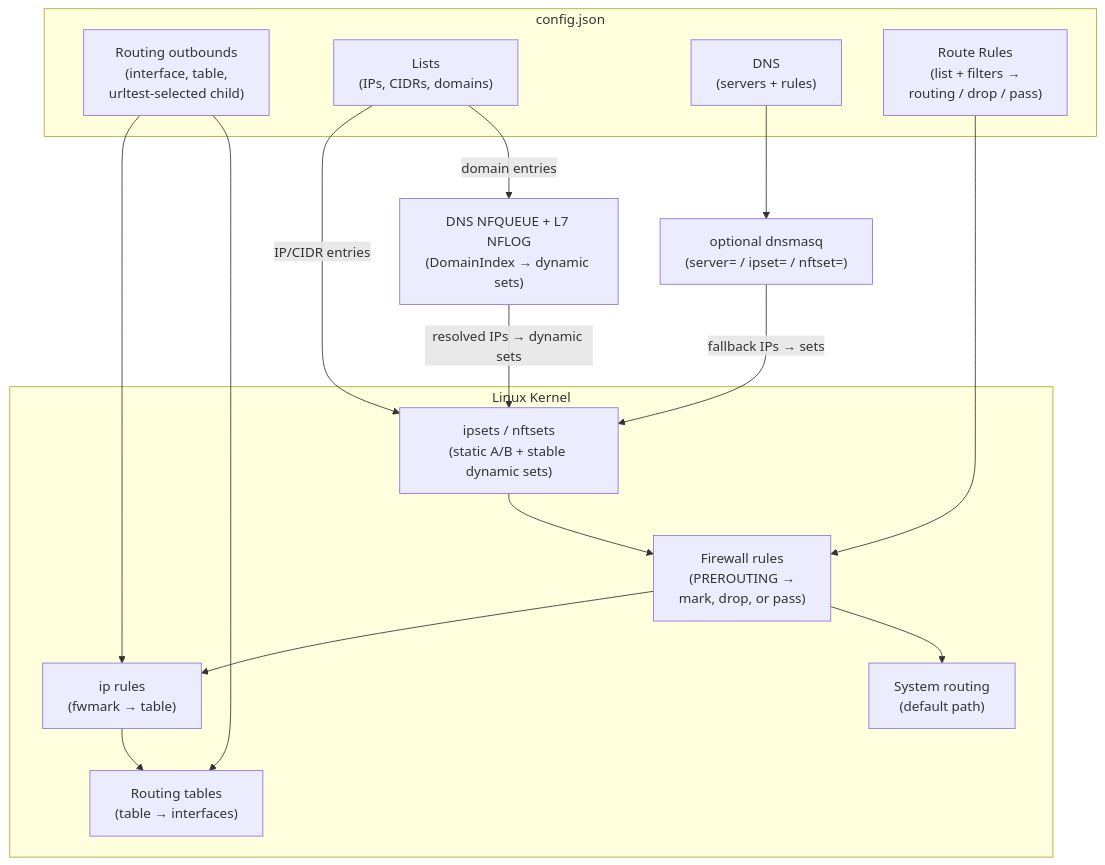
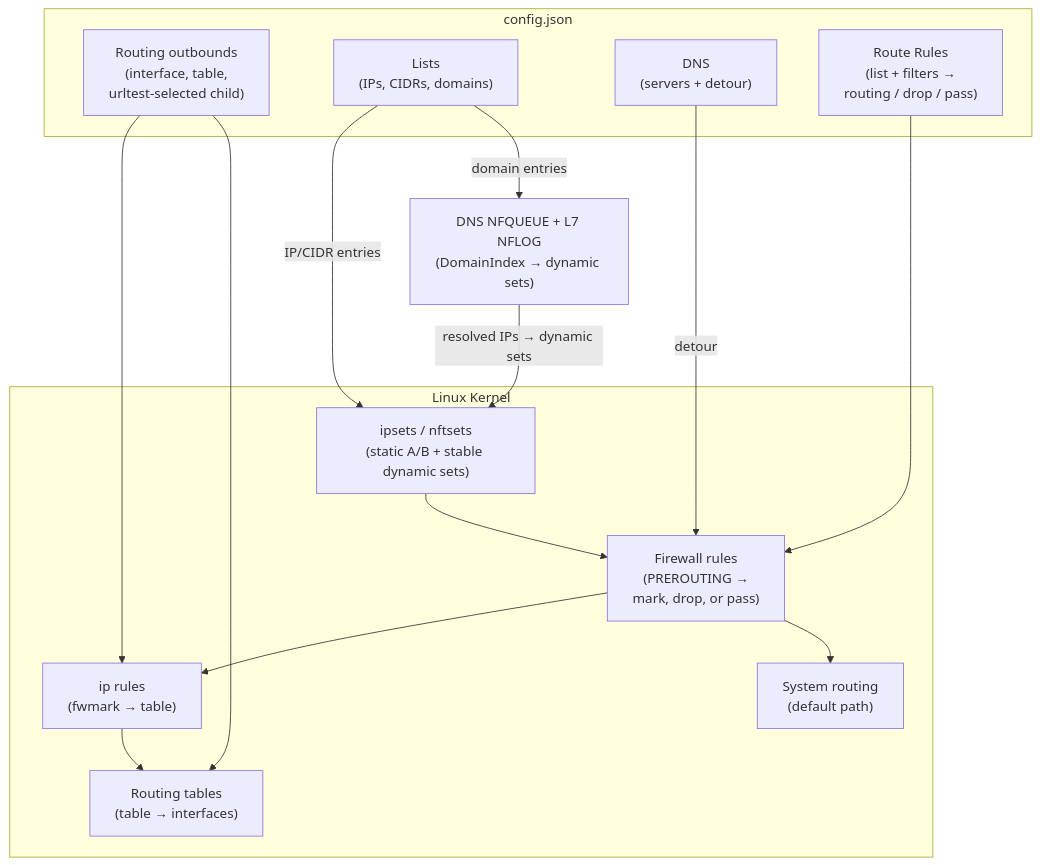
Before and after one commit to maksimkurb/keen-pbr: the first of 3 diagrams in docs/content/docs/concepts.md, drawn with Mermaid. The commit also changed other lines of this file and 99 other files, not shown here.

````diff
--- a/docs/content/docs/concepts.md
+++ b/docs/content/docs/concepts.md
@@ -96,33 +90,31 @@
 ```mermaid
 flowchart TD
     subgraph Config["config.json"]
         RoutingOutbounds["Routing outbounds\n(interface, table,\nurltest-selected child)"]
         Lists["Lists\n(IPs, CIDRs, domains)"]
-        DNS["DNS\n(servers + rules)"]
+        DNS["DNS\n(servers + detour)"]
         RouteRules["Route Rules\n(list + filters →\nrouting / drop / pass)"]
     end
 
     subgraph Kernel["Linux Kernel"]
         Ipsets["ipsets / nftsets\n(static A/B + stable dynamic sets)"]
         FwmarkRules["Firewall rules\n(PREROUTING →\nmark, drop, or pass)"]
         IpRules["ip rules\n(fwmark → table)"]
         RoutingTables["Routing tables\n(table → interfaces)"]
         SystemRouting["System routing\n(default path)"]
     end
 
     Interceptor["DNS NFQUEUE + L7 NFLOG\n(DomainIndex → dynamic sets)"]
-    Dnsmasq["optional dnsmasq\n(server= / ipset= / nftset=)"]
 
     Lists -->|"IP/CIDR entries"| Ipsets
     Lists -->|"domain entries"| Interceptor
-    DNS --> Dnsmasq
+    DNS -->|"detour"| FwmarkRules
     Ipsets --> FwmarkRules
     RouteRules --> FwmarkRules
     RoutingOutbounds --> IpRules
     RoutingOutbounds --> RoutingTables
     FwmarkRules --> IpRules
     FwmarkRules --> SystemRouting
     IpRules --> RoutingTables
     Interceptor -->|"resolved IPs → dynamic sets"| Ipsets
-    Dnsmasq -->|"fallback IPs → sets"| Ipsets
 ```
````
